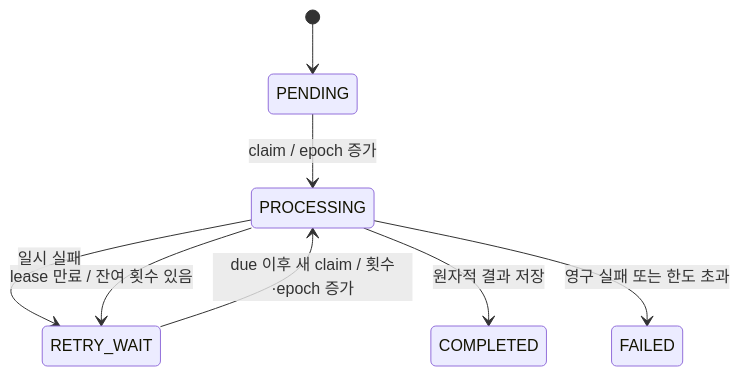
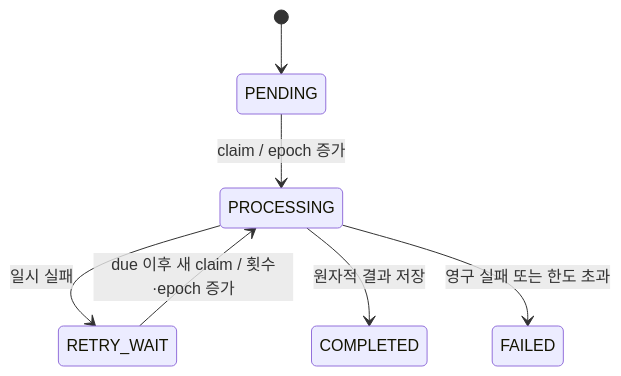
Before and after one commit to mash-up-kr/spr1n6-osscontest-worker: the second of 2 diagrams in README.md, drawn with Mermaid. The commit also changed other lines of this file and 7 other files, not shown here.

````diff
--- a/README.md
+++ b/README.md
@@ -53,10 +57,9 @@
 ```mermaid
 stateDiagram-v2
     [*] --> PENDING
     PENDING --> PROCESSING: claim / epoch 증가
     PROCESSING --> RETRY_WAIT: 일시 실패
     RETRY_WAIT --> PROCESSING: due 이후 새 claim / 횟수·epoch 증가
     PROCESSING --> COMPLETED: 원자적 결과 저장
     PROCESSING --> FAILED: 영구 실패 또는 한도 초과
-    PROCESSING --> RETRY_WAIT: lease 만료 / 잔여 횟수 있음
 ```
````
